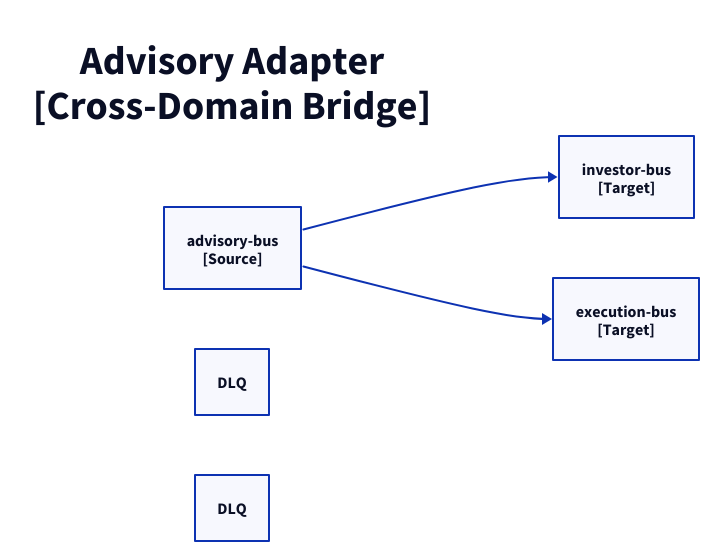
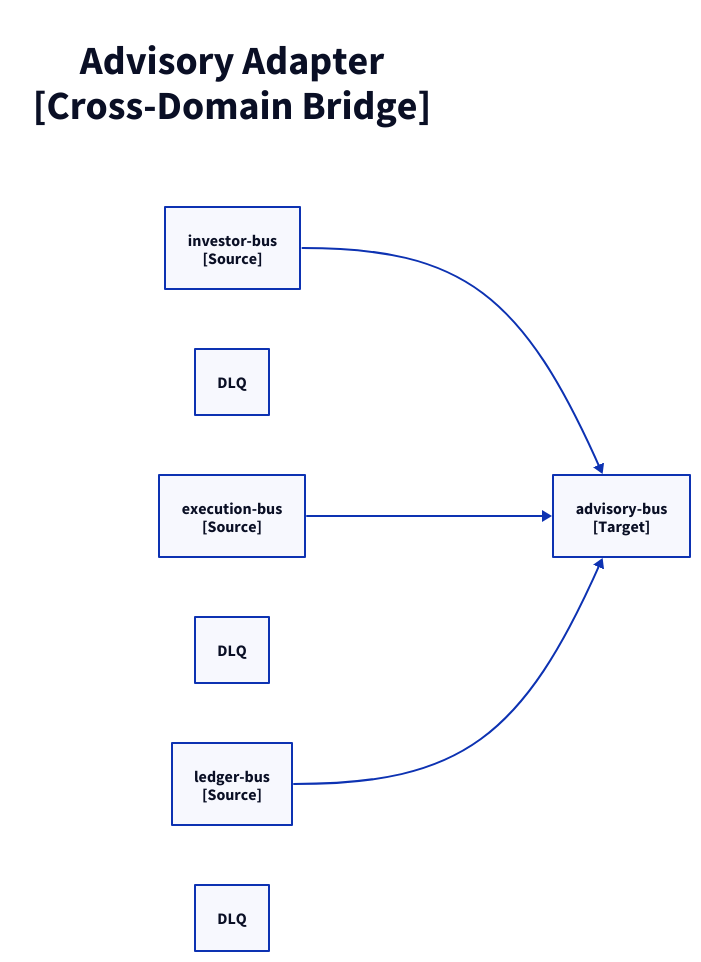
The diagram in docs/architecture/c3/advisory-adpt.d2 (fabio-vitali/nestfolio), drawn with D2 before and after one commit. The commit also changed 14 other files, not shown here.

First line of the commit message:
fix(c4): update diagram generator for pull model adapter event routing

```diff
--- a/docs/architecture/c3/advisory-adpt.d2
+++ b/docs/architecture/c3/advisory-adpt.d2
@@ -1,17 +1,21 @@
 direction: right
 
 title: "Advisory Adapter\n[Cross-Domain Bridge]" {
   style: { font-size: 40; bold: true; fill: transparent; stroke: transparent }
 }
 
-source: "advisory-bus\n[Source]" { class: aws-eventbridge }
+target: "advisory-bus\n[Target]" { class: aws-eventbridge }
 
-to-investor: "investor-bus\n[Target]" { class: aws-eventbridge }
-to-investor-dlq: "DLQ" { class: aws-dlq }
-source -> to-investor
+advisory-ingress-from-investor: "investor-bus\n[Source]" { class: aws-eventbridge }
+advisory-ingress-from-investor-dlq: "DLQ" { class: aws-dlq }
+advisory-ingress-from-investor -> target
 
-to-execution: "execution-bus\n[Target]" { class: aws-eventbridge }
-to-execution-dlq: "DLQ" { class: aws-dlq }
-source -> to-execution
+advisory-ingress-from-execution: "execution-bus\n[Source]" { class: aws-eventbridge }
+advisory-ingress-from-execution-dlq: "DLQ" { class: aws-dlq }
+advisory-ingress-from-execution -> target
+
+advisory-ingress-from-ledger: "ledger-bus\n[Source]" { class: aws-eventbridge }
+advisory-ingress-from-ledger-dlq: "DLQ" { class: aws-dlq }
+advisory-ingress-from-ledger -> target
 
 # Flows
```
